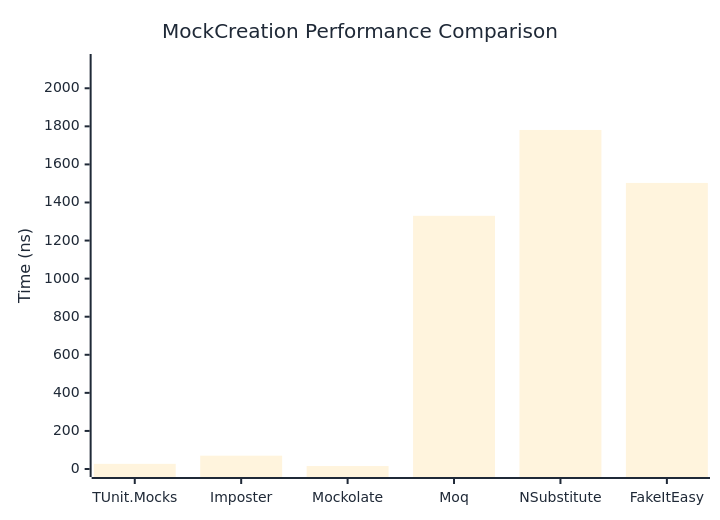
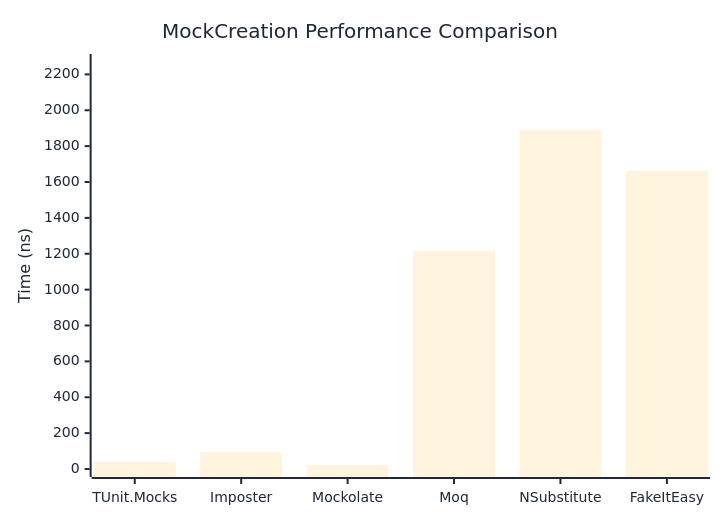
One commit to thomhurst/TUnit changed the first of 2 diagrams in docs/docs/benchmarks/mocks/MockCreation.md. Above: the diagram before and after it, drawn with Mermaid. The commit also changed other lines of this file and 14 other files, not shown here.

````diff
--- a/docs/docs/benchmarks/mocks/MockCreation.md
+++ b/docs/docs/benchmarks/mocks/MockCreation.md
@@ -30,27 +30,27 @@
 ```mermaid
 %%{init: {
   'theme':'base',
   'themeVariables': {
     'primaryColor': '#2563eb',
     'primaryTextColor': '#1f2937',
     'primaryBorderColor': '#1e40af',
     'lineColor': '#6b7280',
     'secondaryColor': '#7c3aed',
     'tertiaryColor': '#dc2626',
     'background': '#ffffff',
     'pie1': '#2563eb',
     'pie2': '#7c3aed',
     'pie3': '#dc2626',
     'pie4': '#f59e0b',
     'pie5': '#10b981',
     'pie6': '#06b6d4',
     'pie7': '#ec4899',
     'pie8': '#6366f1'
   }
 }}%%
 xychart-beta
   title "MockCreation Performance Comparison"
   x-axis ["TUnit.Mocks", "Imposter", "Mockolate", "Moq", "NSubstitute", "FakeItEasy"]
-  y-axis "Time (ns)" 0 --> 2138
-  bar [27.08, 70.02, 15.56, 1330.06, 1781, 1502.68]
+  y-axis "Time (ns)" 0 --> 2269
+  bar [39.95, 93.31, 23.42, 1217.83, 1890.59, 1663.29]
 ```
````
